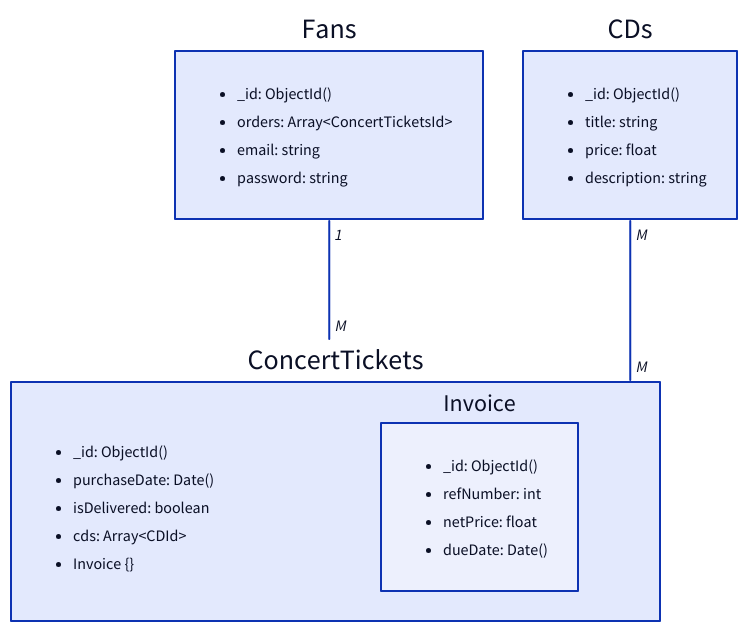
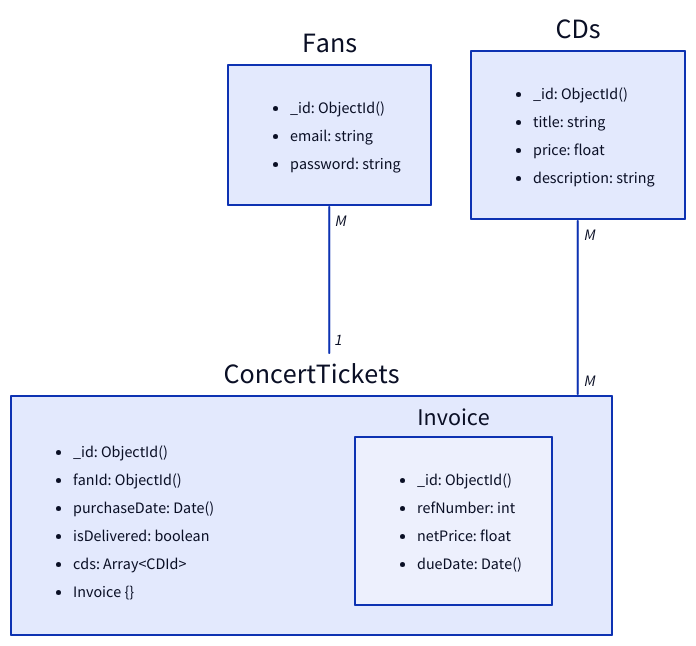
One commit to xmin12/Jeyakumuar_M165 changed the diagram in KN02/LGM.d2. Above: the diagram before and after it, drawn with D2. The commit also changed 2 other files, not shown here.

```diff
--- a/KN02/LGM.d2
+++ b/KN02/LGM.d2
@@ -1,45 +1,45 @@
 Fans: {
-    columns: |md
-    - _id: ObjectId()
-    - orders: Array\<ConcertTicketsId\>
-    - email: string
-    - password: string
-    |
+  columns: |md
+      - _id: ObjectId()
+      - email: string
+      - password: string
+  |
 }
 
 ConcertTickets: {
-    columns: |md
-        - _id: ObjectId()
-        - purchaseDate: Date()
-        - isDelivered: boolean
-        - cds: Array\<CDId\>
-        - Invoice {}
-    |
+  columns: |md
+      - _id: ObjectId()
+      - fanId: ObjectId() 
+      - purchaseDate: Date()
+      - isDelivered: boolean
+      - cds: Array\<CDId\>
+      - Invoice {}
+  |
 
-    Invoice: {
-        columns: |md
-            - _id: ObjectId()
-            - refNumber: int
-            - netPrice: float
-            - dueDate: Date()
-        |
-    }
+  Invoice: {
+      columns: |md
+          - _id: ObjectId()
+          - refNumber: int
+          - netPrice: float
+          - dueDate: Date()
+      |
+  }
 }
 
 CDs: {
-    columns: |md
-        - _id: ObjectId()
-        - title: string
-        - price: float
-        - description: string
-    |
+  columns: |md
+      - _id: ObjectId()
+      - title: string
+      - price: float
+      - description: string
+  |
 }
 
 Fans -- ConcertTickets{
-    source-arrowhead: 1
-    target-arrowhead: M
+  source-arrowhead: M
+  target-arrowhead: 1
 }
 CDs -- ConcertTickets{
-    source-arrowhead: M
-    target-arrowhead: M
+  source-arrowhead: M
+  target-arrowhead: M
 }
```
